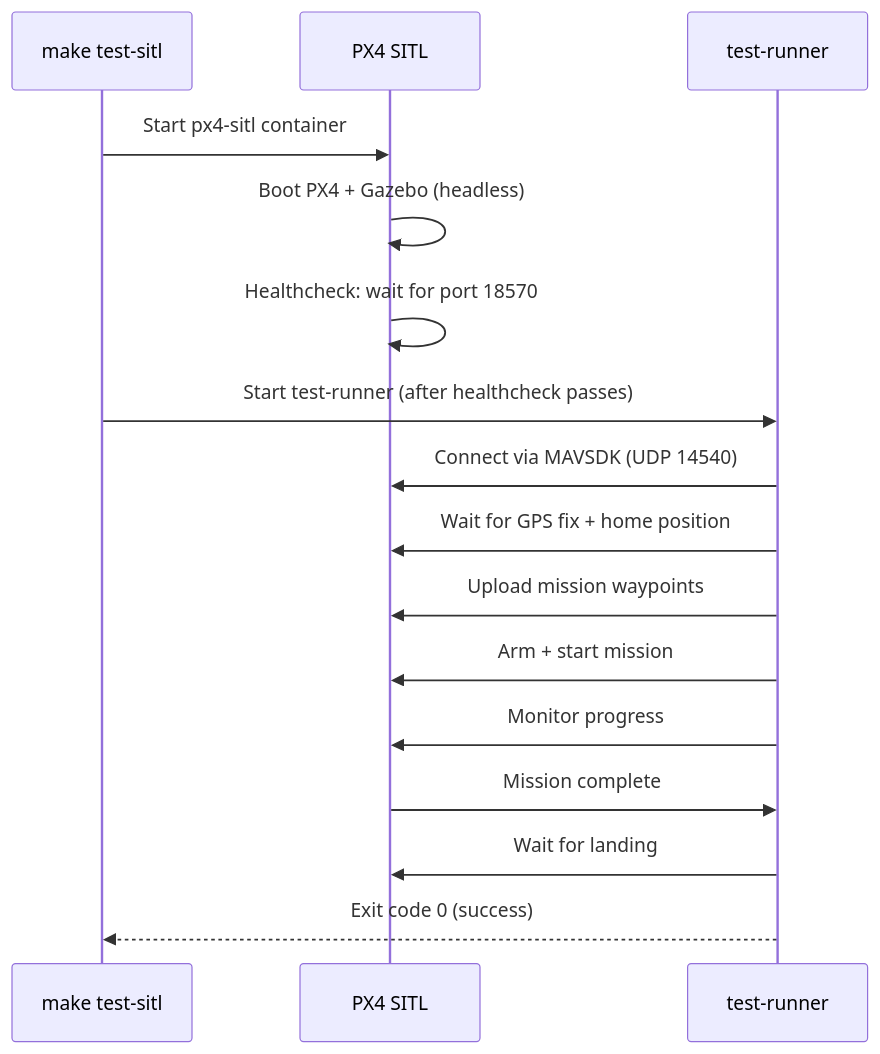
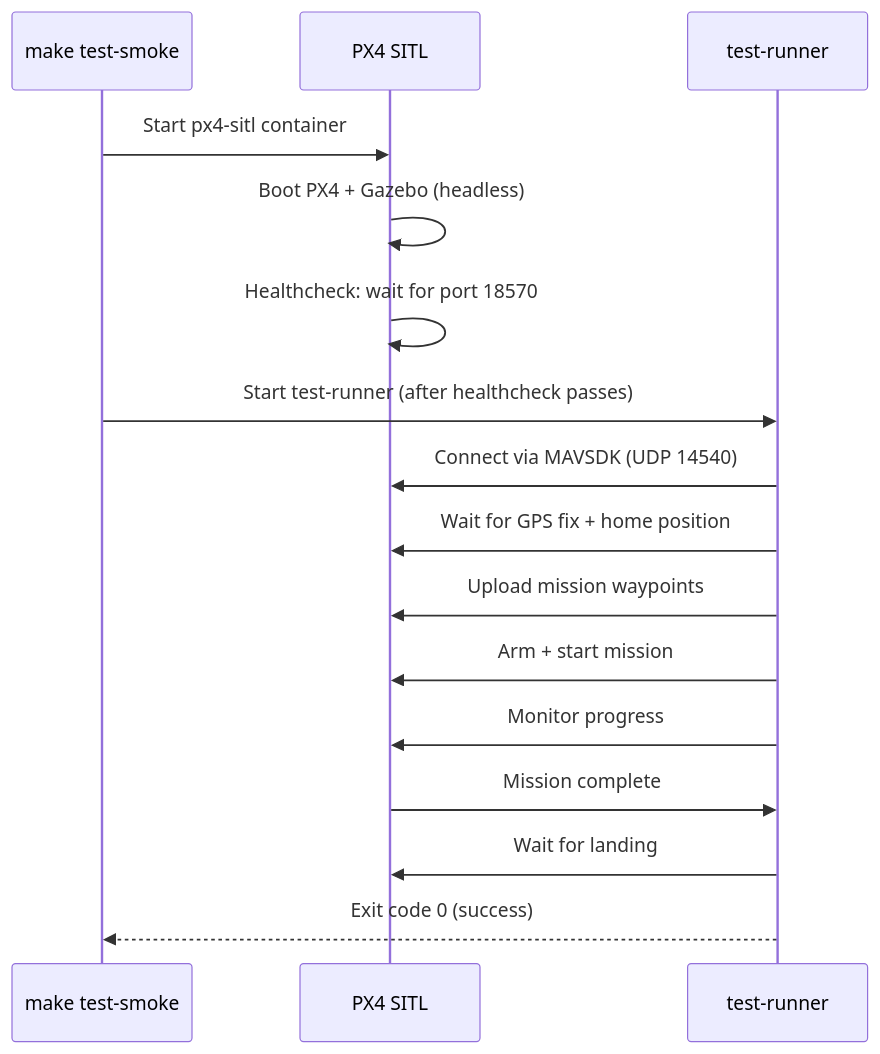
One commit to fadi-labib/bennu changed the diagram in docs/how-to/run-sil-tests.md. Above: the diagram before and after it, drawn with Mermaid. The commit also changed other lines of this file and 10 other files, not shown here.

````diff
--- a/docs/how-to/run-sil-tests.md
+++ b/docs/how-to/run-sil-tests.md
@@ -22,19 +22,19 @@
 ```mermaid
 sequenceDiagram
-    participant M as make test-sitl
+    participant M as make test-smoke
     participant P as PX4 SITL
     participant T as test-runner
     
     M->>P: Start px4-sitl container
     P->>P: Boot PX4 + Gazebo (headless)
     P->>P: Healthcheck: wait for port 18570
     M->>T: Start test-runner (after healthcheck passes)
     T->>P: Connect via MAVSDK (UDP 14540)
     T->>P: Wait for GPS fix + home position
     T->>P: Upload mission waypoints
     T->>P: Arm + start mission
     T->>P: Monitor progress
     P->>T: Mission complete
     T->>P: Wait for landing
     T-->>M: Exit code 0 (success)
 ```
````
